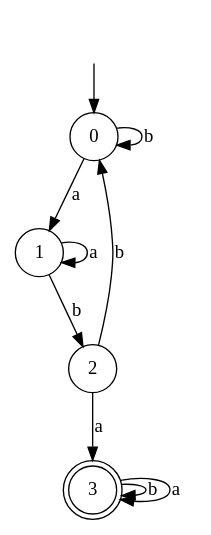
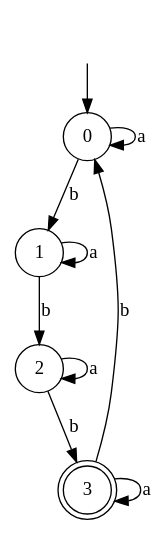
The diagram in essai.dot (novasup666/L-toile), drawn with Graphviz before and after one commit. The commit also changed 6 other files, not shown here.

```diff
--- a/essai.dot
+++ b/essai.dot
@@ -1,16 +1,16 @@
 digraph g {
   0 [shape=circle];
   i0 [style=invis];
   i0 -> 0;
   1 [shape=circle];
   2 [shape=circle];
   3 [shape=doublecircle];
-  0 -> 1 [label=a]
-  0 -> 0 [label=b]
+  0 -> 1 [label=b]
+  0 -> 0 [label=a]
   1 -> 2 [label=b]
   1 -> 1 [label=a]
-  2 -> 3 [label=a]
-  2 -> 0 [label=b]
-  3 -> 3 [label=b]
+  2 -> 3 [label=b]
+  2 -> 2 [label=a]
   3 -> 3 [label=a]
+  3 -> 0 [label=b]
 }
```
